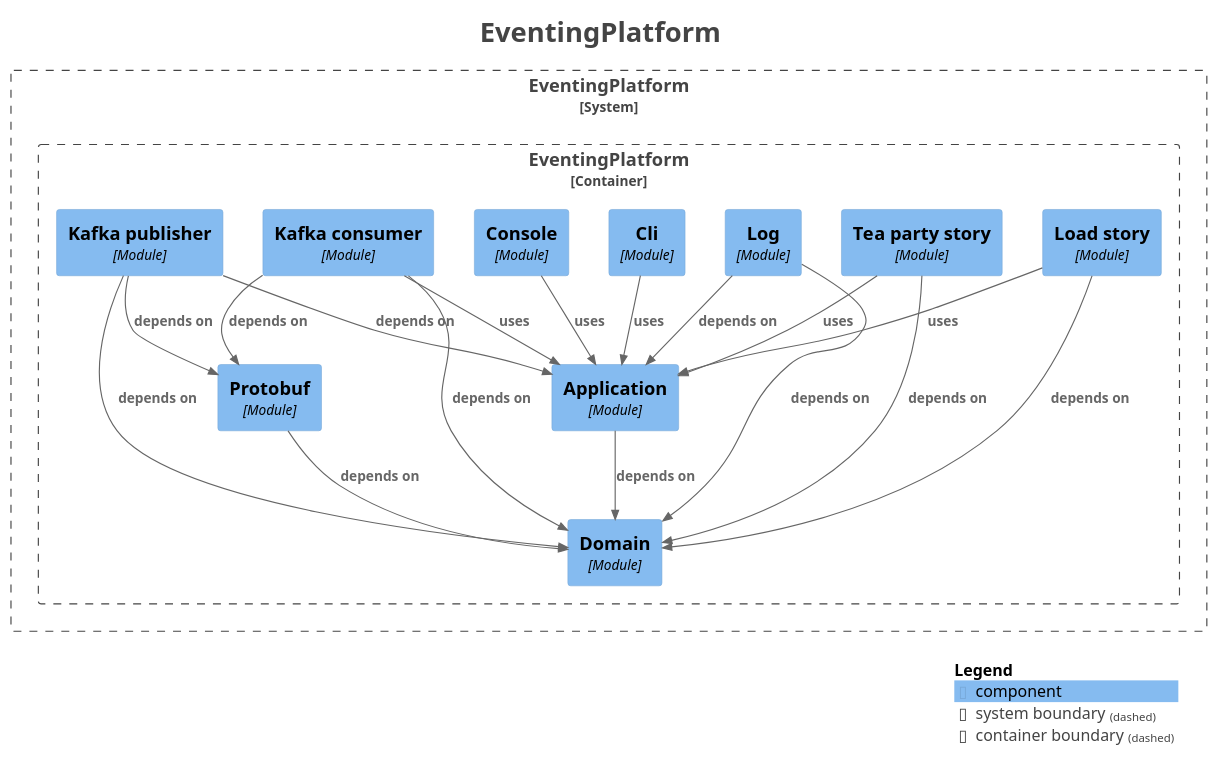
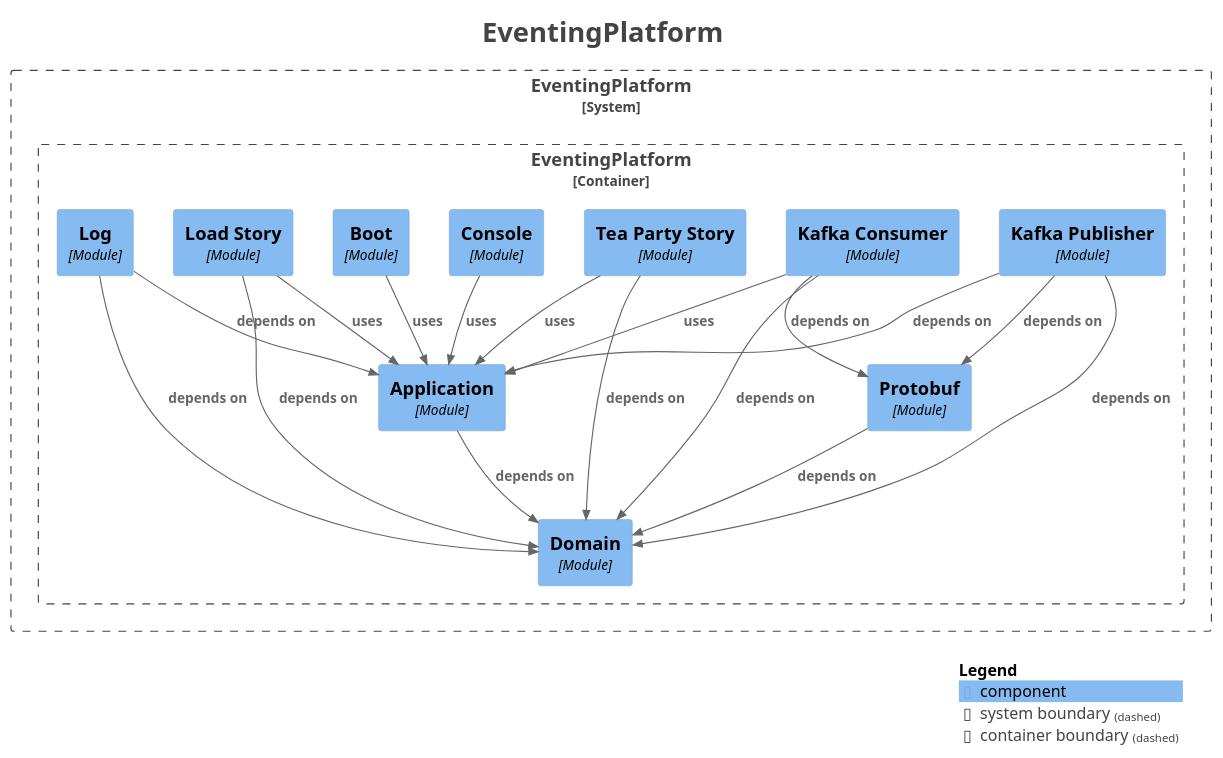
The diagram in docs/generated/architecture/plantuml/components.puml (Mathmagicians/confluent-eventing-playground), drawn with PlantUML before and after one commit. The commit also changed 56 other files, not shown here.

Commit message:
Got rid of stories bean, correct one is Story, the one that is selected. Wired up console listener: AP. Documeter updated to avoid dangling lines

```diff
--- a/docs/generated/architecture/plantuml/components.puml
+++ b/docs/generated/architecture/plantuml/components.puml
@@ -1,53 +1,53 @@
 @startuml
 title <size:24>EventingPlatform</size>
 
 set separator none
 top to bottom direction
 
 <style>
   root {
     BackgroundColor: #ffffff
     FontColor: #444444
   }
 </style>
 
 !include <C4/C4>
 !include <C4/C4_Context>
 !include <C4/C4_Component>
 
 System_Boundary("EventingPlatform_boundary", "EventingPlatform", $tags="") {
   Container_Boundary("EventingPlatform.EventingPlatform_boundary", "EventingPlatform", $tags="") {
-    Component(EventingPlatform.EventingPlatform.Log, "Log", $techn="Module", $descr="", $tags="", $link="")
-    Component(EventingPlatform.EventingPlatform.Loadstory, "Load story", $techn="Module", $descr="", $tags="", $link="")
-    Component(EventingPlatform.EventingPlatform.Teapartystory, "Tea party story", $techn="Module", $descr="", $tags="", $link="")
+    Component(EventingPlatform.EventingPlatform.KafkaPublisher, "Kafka Publisher", $techn="Module", $descr="", $tags="", $link="")
+    Component(EventingPlatform.EventingPlatform.LoadStory, "Load Story", $techn="Module", $descr="", $tags="", $link="")
+    Component(EventingPlatform.EventingPlatform.TeaPartyStory, "Tea Party Story", $techn="Module", $descr="", $tags="", $link="")
     Component(EventingPlatform.EventingPlatform.Domain, "Domain", $techn="Module", $descr="", $tags="", $link="")
     Component(EventingPlatform.EventingPlatform.Protobuf, "Protobuf", $techn="Module", $descr="", $tags="", $link="")
     Component(EventingPlatform.EventingPlatform.Application, "Application", $techn="Module", $descr="", $tags="", $link="")
-    Component(EventingPlatform.EventingPlatform.Cli, "Cli", $techn="Module", $descr="", $tags="", $link="")
+    Component(EventingPlatform.EventingPlatform.Boot, "Boot", $techn="Module", $descr="", $tags="", $link="")
     Component(EventingPlatform.EventingPlatform.Console, "Console", $techn="Module", $descr="", $tags="", $link="")
-    Component(EventingPlatform.EventingPlatform.Kafkaconsumer, "Kafka consumer", $techn="Module", $descr="", $tags="", $link="")
-    Component(EventingPlatform.EventingPlatform.Kafkapublisher, "Kafka publisher", $techn="Module", $descr="", $tags="", $link="")
+    Component(EventingPlatform.EventingPlatform.Log, "Log", $techn="Module", $descr="", $tags="", $link="")
+    Component(EventingPlatform.EventingPlatform.KafkaConsumer, "Kafka Consumer", $techn="Module", $descr="", $tags="", $link="")
   }
 
 }
 
-Rel(EventingPlatform.EventingPlatform.Kafkaconsumer, EventingPlatform.EventingPlatform.Domain, "depends on", $techn="", $tags="", $link="")
-Rel(EventingPlatform.EventingPlatform.Kafkaconsumer, EventingPlatform.EventingPlatform.Protobuf, "depends on", $techn="", $tags="", $link="")
-Rel(EventingPlatform.EventingPlatform.Kafkaconsumer, EventingPlatform.EventingPlatform.Application, "uses", $techn="", $tags="", $link="")
 Rel(EventingPlatform.EventingPlatform.Log, EventingPlatform.EventingPlatform.Domain, "depends on", $techn="", $tags="", $link="")
 Rel(EventingPlatform.EventingPlatform.Log, EventingPlatform.EventingPlatform.Application, "depends on", $techn="", $tags="", $link="")
-Rel(EventingPlatform.EventingPlatform.Teapartystory, EventingPlatform.EventingPlatform.Domain, "depends on", $techn="", $tags="", $link="")
-Rel(EventingPlatform.EventingPlatform.Teapartystory, EventingPlatform.EventingPlatform.Application, "uses", $techn="", $tags="", $link="")
+Rel(EventingPlatform.EventingPlatform.KafkaConsumer, EventingPlatform.EventingPlatform.Domain, "depends on", $techn="", $tags="", $link="")
+Rel(EventingPlatform.EventingPlatform.KafkaConsumer, EventingPlatform.EventingPlatform.Protobuf, "depends on", $techn="", $tags="", $link="")
+Rel(EventingPlatform.EventingPlatform.KafkaConsumer, EventingPlatform.EventingPlatform.Application, "uses", $techn="", $tags="", $link="")
+Rel(EventingPlatform.EventingPlatform.Boot, EventingPlatform.EventingPlatform.Application, "uses", $techn="", $tags="", $link="")
+Rel(EventingPlatform.EventingPlatform.Console, EventingPlatform.EventingPlatform.Application, "uses", $techn="", $tags="", $link="")
+Rel(EventingPlatform.EventingPlatform.LoadStory, EventingPlatform.EventingPlatform.Domain, "depends on", $techn="", $tags="", $link="")
+Rel(EventingPlatform.EventingPlatform.LoadStory, EventingPlatform.EventingPlatform.Application, "uses", $techn="", $tags="", $link="")
+Rel(EventingPlatform.EventingPlatform.KafkaPublisher, EventingPlatform.EventingPlatform.Domain, "depends on", $techn="", $tags="", $link="")
+Rel(EventingPlatform.EventingPlatform.KafkaPublisher, EventingPlatform.EventingPlatform.Protobuf, "depends on", $techn="", $tags="", $link="")
+Rel(EventingPlatform.EventingPlatform.KafkaPublisher, EventingPlatform.EventingPlatform.Application, "depends on", $techn="", $tags="", $link="")
+Rel(EventingPlatform.EventingPlatform.TeaPartyStory, EventingPlatform.EventingPlatform.Domain, "depends on", $techn="", $tags="", $link="")
+Rel(EventingPlatform.EventingPlatform.TeaPartyStory, EventingPlatform.EventingPlatform.Application, "uses", $techn="", $tags="", $link="")
 Rel(EventingPlatform.EventingPlatform.Protobuf, EventingPlatform.EventingPlatform.Domain, "depends on", $techn="", $tags="", $link="")
 Rel(EventingPlatform.EventingPlatform.Application, EventingPlatform.EventingPlatform.Domain, "depends on", $techn="", $tags="", $link="")
-Rel(EventingPlatform.EventingPlatform.Cli, EventingPlatform.EventingPlatform.Application, "uses", $techn="", $tags="", $link="")
-Rel(EventingPlatform.EventingPlatform.Loadstory, EventingPlatform.EventingPlatform.Domain, "depends on", $techn="", $tags="", $link="")
-Rel(EventingPlatform.EventingPlatform.Loadstory, EventingPlatform.EventingPlatform.Application, "uses", $techn="", $tags="", $link="")
-Rel(EventingPlatform.EventingPlatform.Console, EventingPlatform.EventingPlatform.Application, "uses", $techn="", $tags="", $link="")
-Rel(EventingPlatform.EventingPlatform.Kafkapublisher, EventingPlatform.EventingPlatform.Domain, "depends on", $techn="", $tags="", $link="")
-Rel(EventingPlatform.EventingPlatform.Kafkapublisher, EventingPlatform.EventingPlatform.Protobuf, "depends on", $techn="", $tags="", $link="")
-Rel(EventingPlatform.EventingPlatform.Kafkapublisher, EventingPlatform.EventingPlatform.Application, "depends on", $techn="", $tags="", $link="")
 
 SHOW_LEGEND(true)
 hide stereotypes
 @enduml
```
